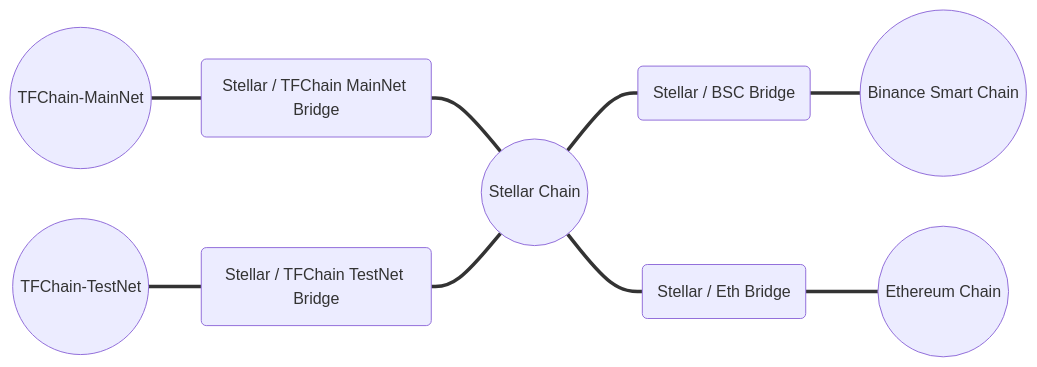
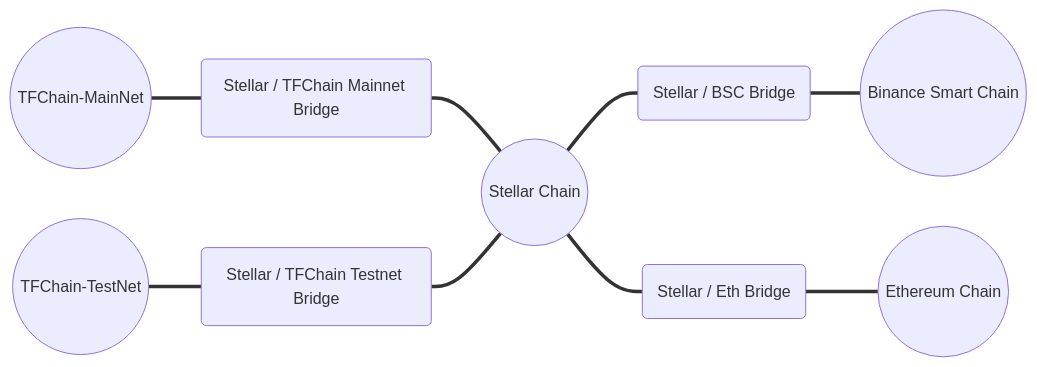
Before and after one commit to threefoldtech/info_grid: the diagram in src/documentation/threefold_token/tft_bridges/tft_bridges.md, drawn with Mermaid. The commit also changed other lines of this file, not shown here.

Commit message:
explicitly wrote stellar-tfchain bridges

````diff
--- a/src/documentation/threefold_token/tft_bridges/tft_bridges.md
+++ b/src/documentation/threefold_token/tft_bridges/tft_bridges.md
@@ -13,14 +13,14 @@
 ```mermaid
 
 graph LR
-    A((TFChain-MainNet)) === id1(Stellar / TFChain MainNet Bridge) === B((Stellar Chain));
-    C((TFChain-TestNet)) === id2(Stellar / TFChain TestNet Bridge) === B((Stellar Chain));
+    A((TFChain-MainNet)) === id1(Stellar / TFChain Mainnet Bridge) === B((Stellar Chain));
+    C((TFChain-TestNet)) === id2(Stellar / TFChain Testnet Bridge) === B((Stellar Chain));
     B((Stellar Chain)) === id3(Stellar / BSC Bridge) === E((Binance Smart Chain));
     B((Stellar Chain)) === id4(Stellar / Eth Bridge) === D((Ethereum Chain));
 
     click id1 "./tfchain_stellar_bridge.html"
     click id2 "./tfchain_stellar_bridge.html"
     click id3 "./bsc_stellar_bridge.html"
     click id4 "./tft_ethereum/tft_ethereum.html"
 
 ```
````
